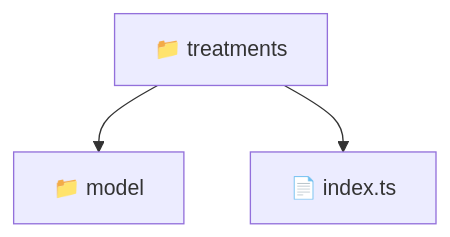
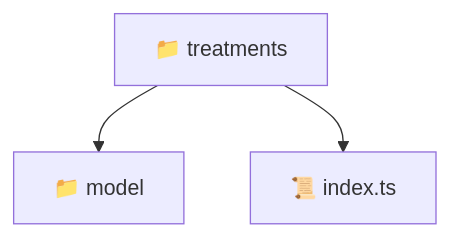
The diagram in frontend/src/features/treatments/README.md (beginwebdev2002/fullstack-mavluda), drawn with Mermaid before and after one commit. The commit also changed other lines of this file and 163 other files, not shown here.

````diff
--- a/frontend/src/features/treatments/README.md
+++ b/frontend/src/features/treatments/README.md
@@ -11,6 +11,6 @@
 ```mermaid
 graph TD
-  Root["📁 treatments"]
-  Root --> model["📁 model"]
-  Root --> index_ts["📄 index.ts"]
+  treatments["📁 treatments"]
+  treatments --> model["📁 model"]
+  treatments --> index_ts["📜 index.ts"]
 ```
````
